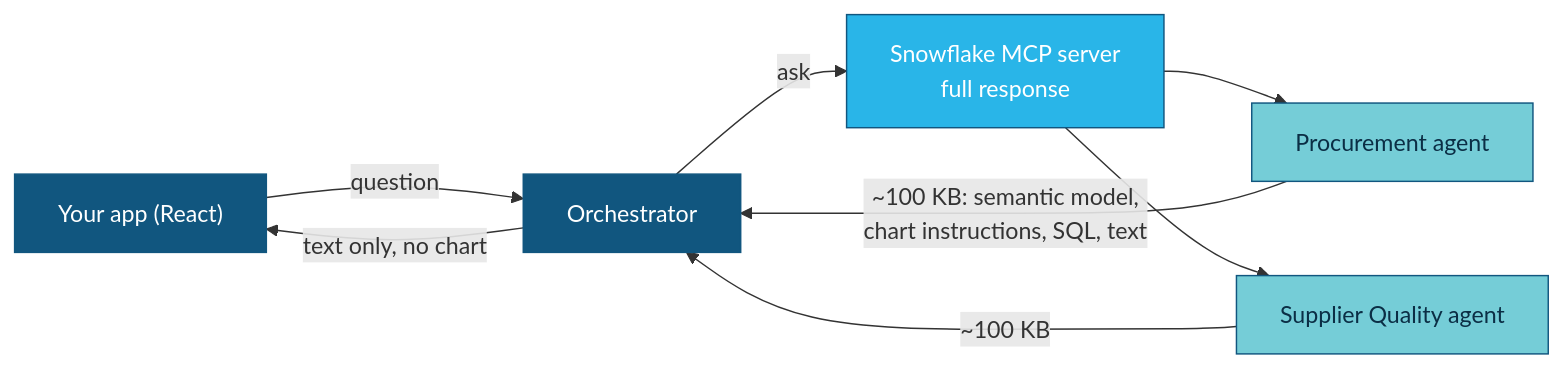
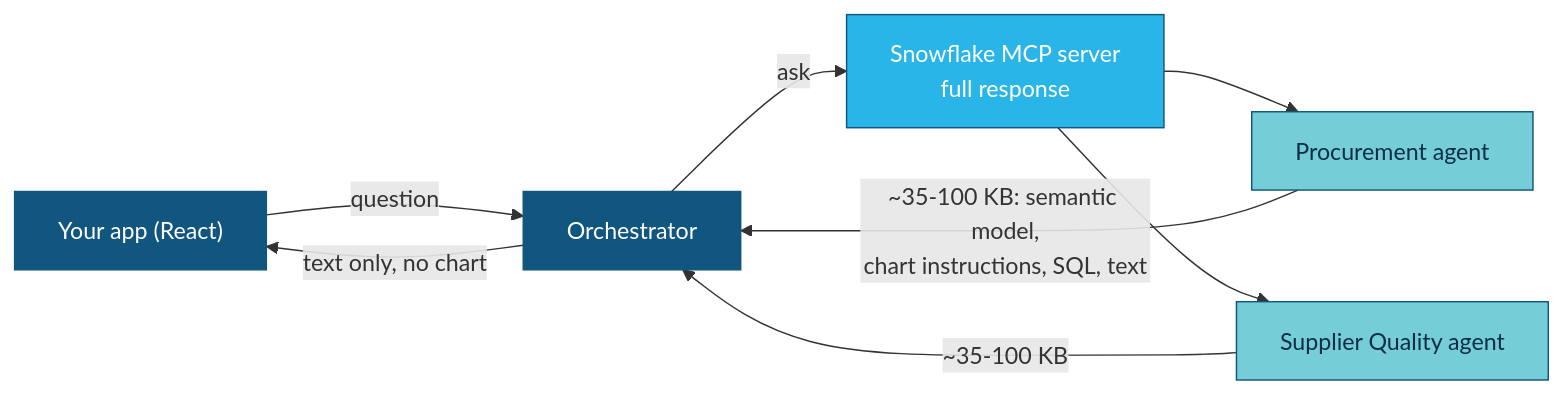
The first of 3 diagrams in README.md (sfc-gh-hmassa/cortex-multi-agent-mcp), drawn with Mermaid before and after one commit. The commit also changed other lines of this file and 1 other file, not shown here.

````diff
--- a/README.md
+++ b/README.md
@@ -24,15 +36,15 @@
 ```mermaid
 flowchart LR
     App["Your app (React)"] -->|question| O[Orchestrator]
     O -->|ask| MCP["Snowflake MCP server<br/>full response"]
     MCP --> P[Procurement agent]
     MCP --> Q[Supplier Quality agent]
-    P -->|"~100 KB: semantic model,<br/>chart instructions, SQL, text"| O
-    Q -->|"~100 KB"| O
+    P -->|"~35-100 KB: semantic model,<br/>chart instructions, SQL, text"| O
+    Q -->|"~35-100 KB"| O
     O -->|"text only, no chart"| App
     style P fill:#75CDD7,stroke:#11567F,color:#0B2E45
     style Q fill:#75CDD7,stroke:#11567F,color:#0B2E45
     style MCP fill:#29B5E8,stroke:#11567F,color:#fff
     style O fill:#11567F,stroke:#11567F,color:#fff
     style App fill:#11567F,stroke:#11567F,color:#fff
 ```
````
